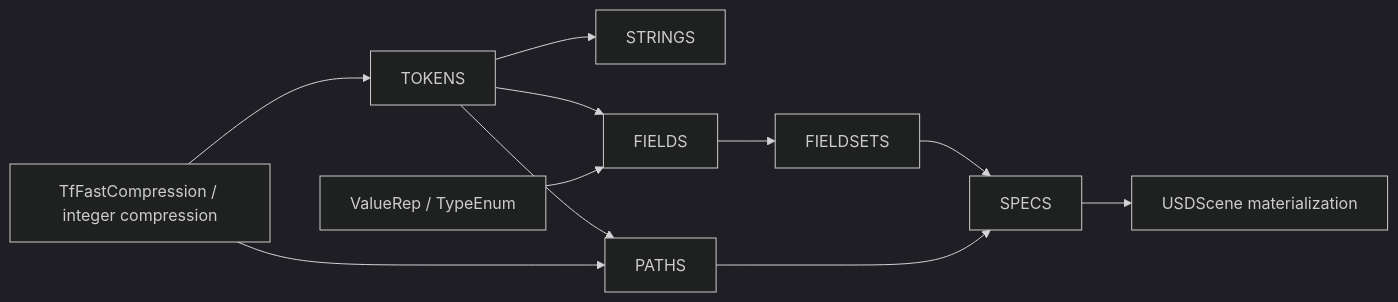
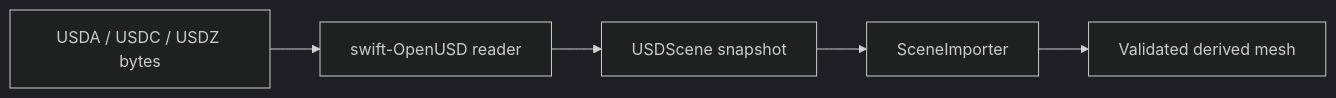
Before and after one commit to 1amageek/swift-CAD: the sixth of 8 diagrams in SPEC.md, drawn with Mermaid (dark theme). The commit also changed other lines of this file and 824 other files, not shown here.

Commit message:
Implement exact CAD kernel modeling architecture

````diff
--- a/SPEC.md
+++ b/SPEC.md
@@ -1326,13 +1451,7 @@
 ```mermaid
 flowchart LR
-    Compression["TfFastCompression / integer compression"] --> Tokens["TOKENS"]
-    Tokens --> Strings["STRINGS"]
-    Tokens --> Fields["FIELDS"]
-    ValueRep["ValueRep / TypeEnum"] --> Fields
-    Fields --> FieldSets["FIELDSETS"]
-    Tokens --> Paths["PATHS"]
-    Compression --> Paths
-    FieldSets --> Specs["SPECS"]
-    Paths --> Specs
-    Specs --> Scene["USDScene materialization"]
+    Bytes["USDA / USDC / USDZ bytes"] --> OpenUSD["swift-OpenUSD reader"]
+    OpenUSD --> Scene["USDScene snapshot"]
+    Scene --> Importer["SceneImporter"]
+    Importer --> Mesh["Validated derived mesh"]
 ```
````
